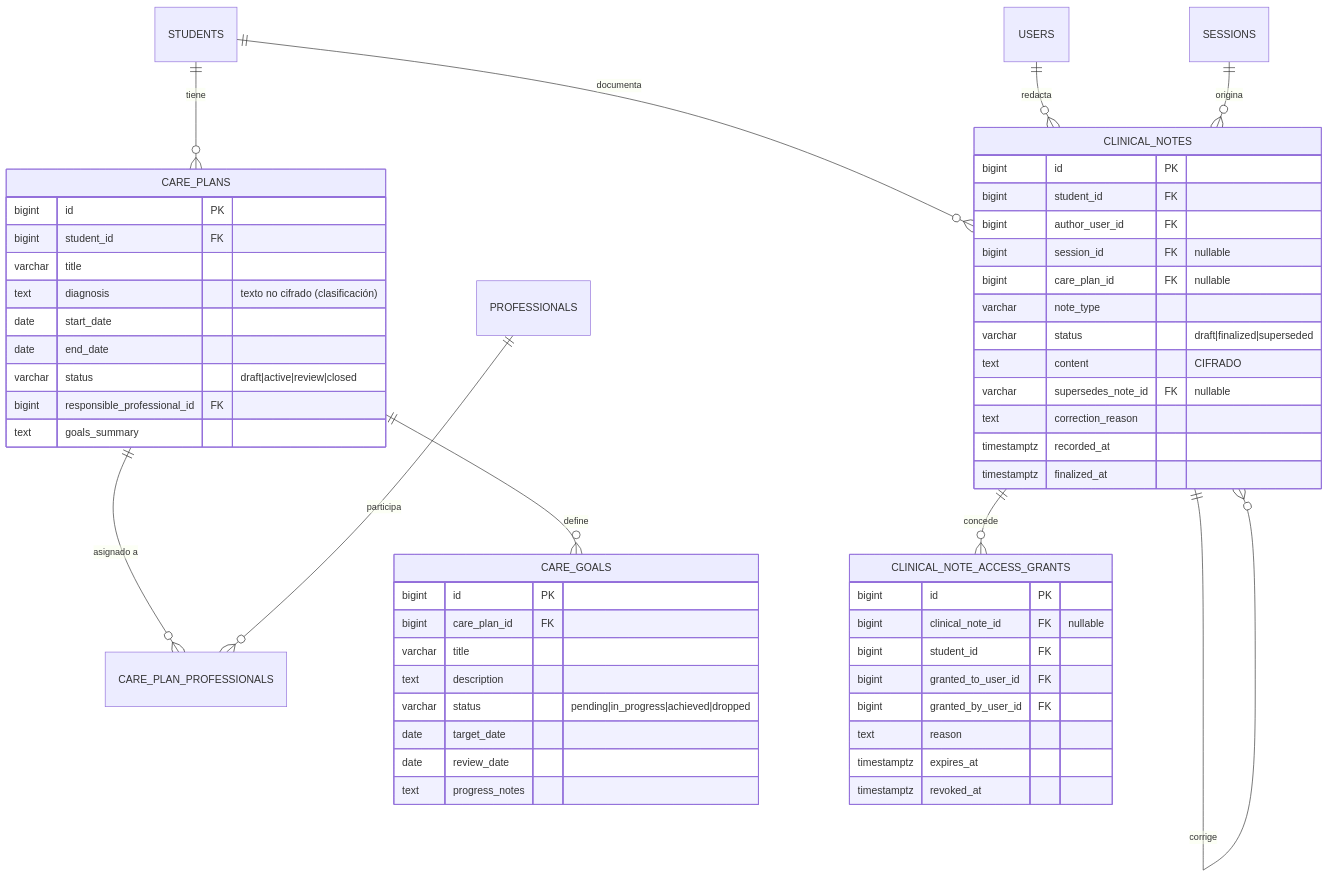
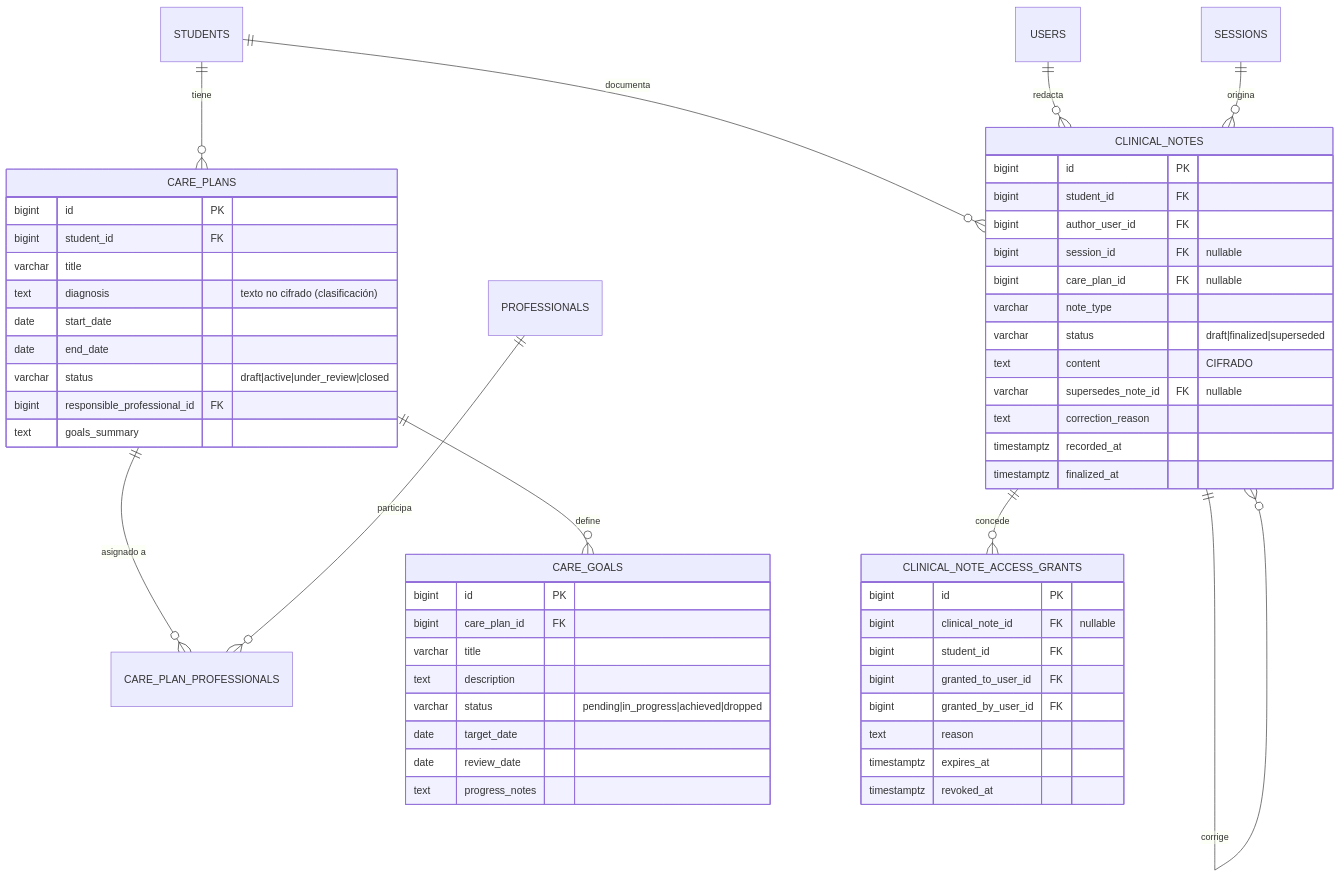
The first of 2 diagrams in sistema cai/03 - Modelo de Datos/03.05 Planes de Atención y Notas Clínicas.md (cesar0987/CAI-docs), drawn with Mermaid before and after one commit. The commit also changed 10 other files, not shown here.

````diff
--- a/sistema cai/03 - Modelo de Datos/03.05 Planes de Atención y Notas Clínicas.md
+++ b/sistema cai/03 - Modelo de Datos/03.05 Planes de Atención y Notas Clínicas.md
@@ -26,61 +26,61 @@
 ```mermaid
 erDiagram
     STUDENTS ||--o{ CARE_PLANS : "tiene"
     CARE_PLANS ||--o{ CARE_PLAN_PROFESSIONALS : "asignado a"
     PROFESSIONALS ||--o{ CARE_PLAN_PROFESSIONALS : "participa"
     CARE_PLANS ||--o{ CARE_GOALS : "define"
     STUDENTS ||--o{ CLINICAL_NOTES : "documenta"
     USERS ||--o{ CLINICAL_NOTES : "redacta"
     SESSIONS ||--o{ CLINICAL_NOTES : "origina"
     CLINICAL_NOTES ||--o{ CLINICAL_NOTES : "corrige"
     CLINICAL_NOTES ||--o{ CLINICAL_NOTE_ACCESS_GRANTS : "concede"
 
     CARE_PLANS {
         bigint id PK
         bigint student_id FK
         varchar title
         text diagnosis "texto no cifrado (clasificación)"
         date start_date
         date end_date
-        varchar status "draft|active|review|closed"
+        varchar status "draft|active|under_review|closed"
         bigint responsible_professional_id FK
         text goals_summary
     }
 
     CARE_GOALS {
         bigint id PK
         bigint care_plan_id FK
         varchar title
         text description
         varchar status "pending|in_progress|achieved|dropped"
         date target_date
         date review_date
         text progress_notes
     }
 
     CLINICAL_NOTES {
         bigint id PK
         bigint student_id FK
         bigint author_user_id FK
         bigint session_id FK "nullable"
         bigint care_plan_id FK "nullable"
         varchar note_type
         varchar status "draft|finalized|superseded"
         text content "CIFRADO"
         varchar supersedes_note_id FK "nullable"
         text correction_reason
         timestamptz recorded_at
         timestamptz finalized_at
     }
 
     CLINICAL_NOTE_ACCESS_GRANTS {
         bigint id PK
         bigint clinical_note_id FK "nullable"
         bigint student_id FK
         bigint granted_to_user_id FK
         bigint granted_by_user_id FK
         text reason
         timestamptz expires_at
         timestamptz revoked_at
     }
 ```
````
